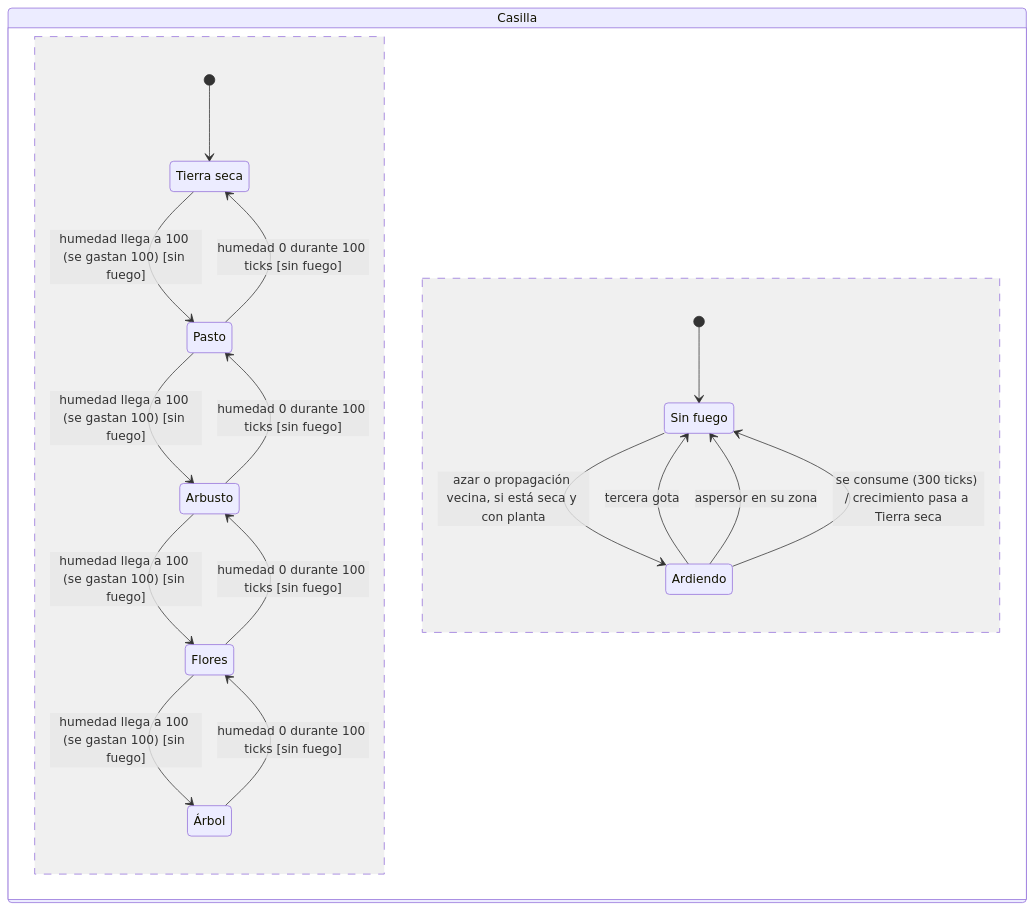
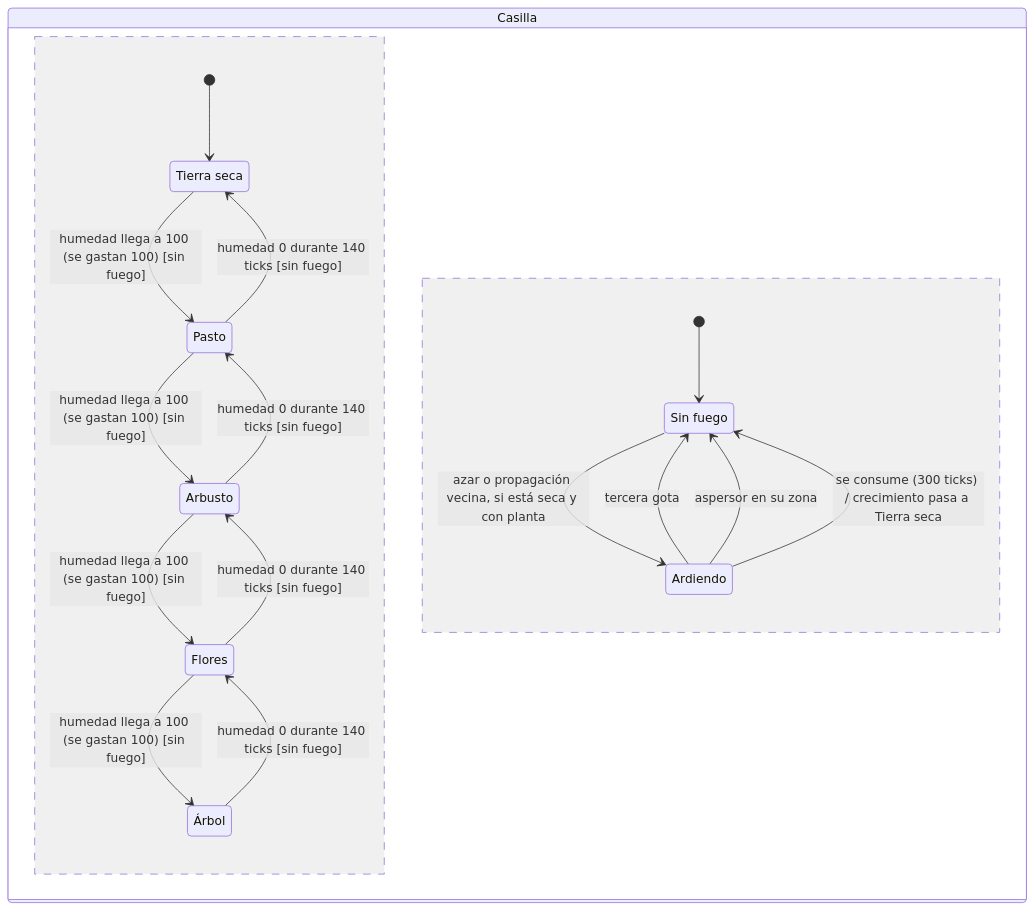
One commit to iadev2005/hydrovalley changed the second of 7 diagrams in docs/documento-inicial.md. Above: the diagram before and after it, drawn with Mermaid. The commit also changed other lines of this file and 7 other files, not shown here.

First line of the commit message:
docs: record the tuned figures and the trash and terrain rules in D-01, the READMEs and diagrams 05 and 06

````diff
--- a/docs/documento-inicial.md
+++ b/docs/documento-inicial.md
@@ -240,23 +246,23 @@
 ```mermaid
 stateDiagram-v2
     state "Casilla" as Casilla {
         state "Tierra seca" as Seca
         state "Árbol" as Arbol
         [*] --> Seca
         Seca --> Pasto: humedad llega a 100 (se gastan 100) [sin fuego]
         Pasto --> Arbusto: humedad llega a 100 (se gastan 100) [sin fuego]
         Arbusto --> Flores: humedad llega a 100 (se gastan 100) [sin fuego]
         Flores --> Arbol: humedad llega a 100 (se gastan 100) [sin fuego]
-        Arbol --> Flores: humedad 0 durante 100 ticks [sin fuego]
-        Flores --> Arbusto: humedad 0 durante 100 ticks [sin fuego]
-        Arbusto --> Pasto: humedad 0 durante 100 ticks [sin fuego]
-        Pasto --> Seca: humedad 0 durante 100 ticks [sin fuego]
+        Arbol --> Flores: humedad 0 durante 140 ticks [sin fuego]
+        Flores --> Arbusto: humedad 0 durante 140 ticks [sin fuego]
+        Arbusto --> Pasto: humedad 0 durante 140 ticks [sin fuego]
+        Pasto --> Seca: humedad 0 durante 140 ticks [sin fuego]
         --
         state "Sin fuego" as SinFuego
         [*] --> SinFuego
         SinFuego --> Ardiendo: azar o propagación vecina, si está seca y con planta
         Ardiendo --> SinFuego: tercera gota
         Ardiendo --> SinFuego: aspersor en su zona
         Ardiendo --> SinFuego: se consume (300 ticks) / crecimiento pasa a Tierra seca
     }
 ```
````
